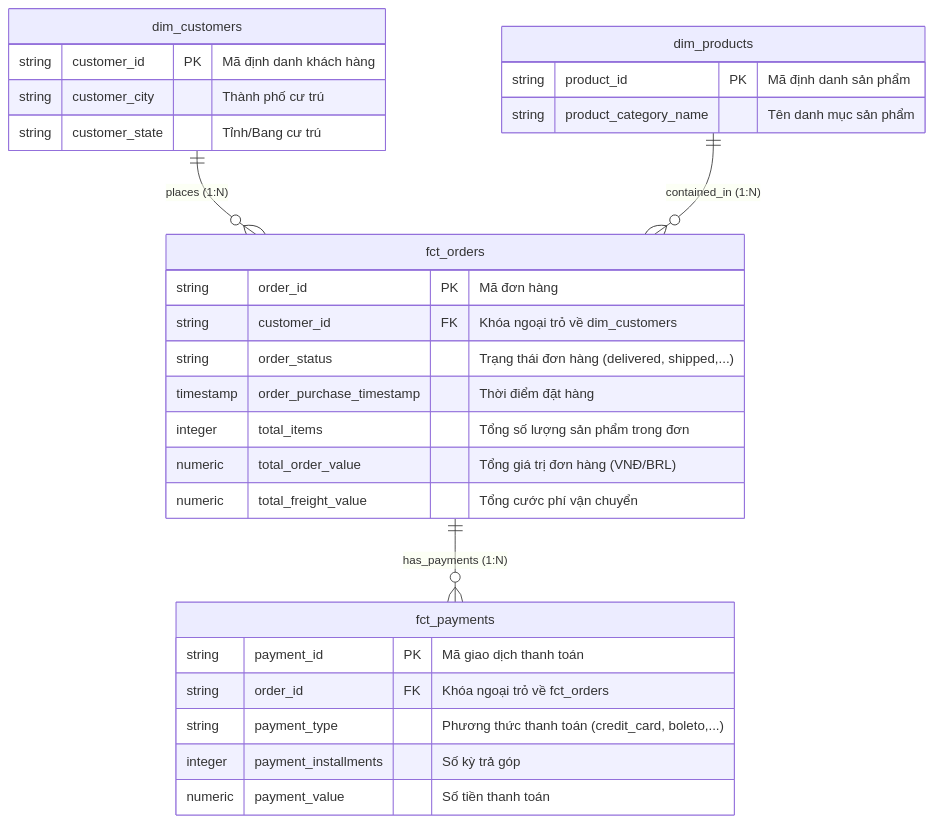
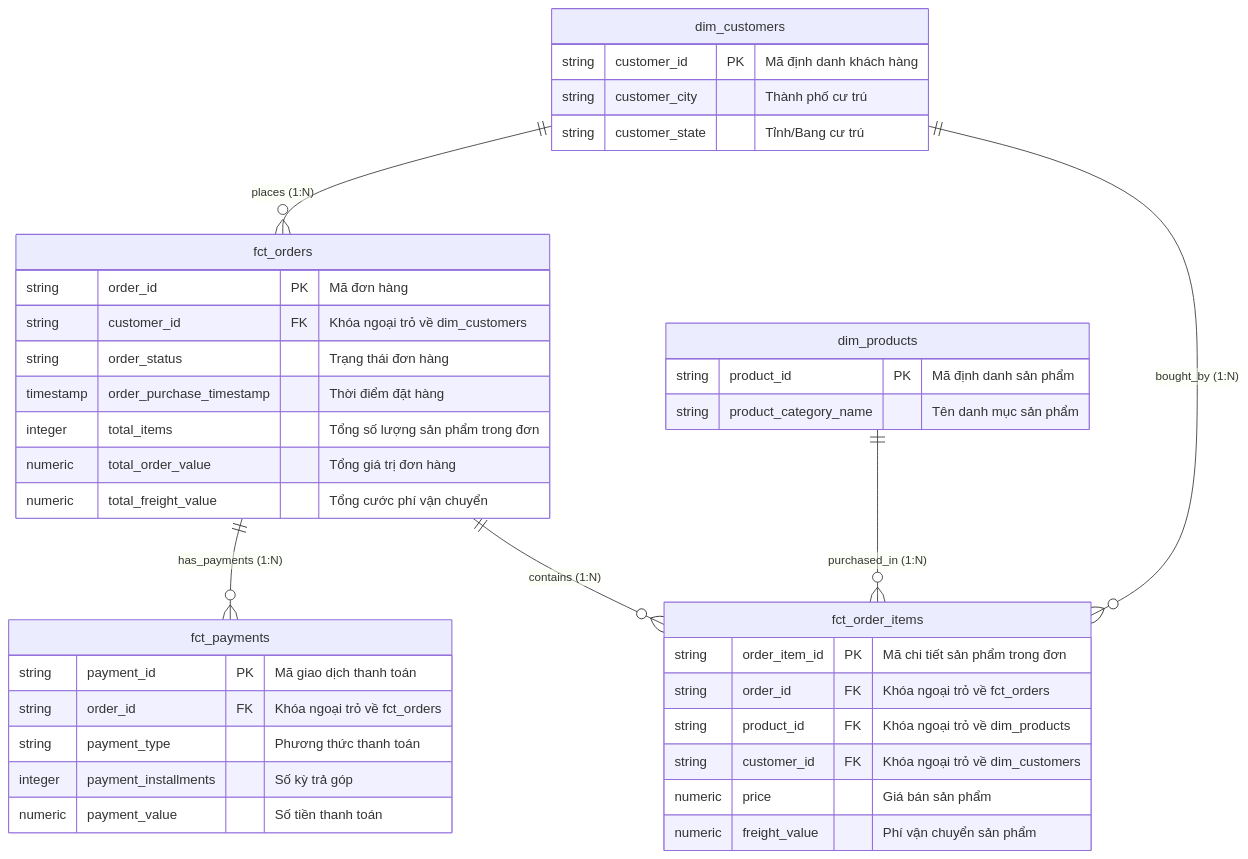
Before and after one commit to Hungpm267/enterprise-data-platform: the diagram in docs/olap_star_schema.md, drawn with Mermaid. The commit also changed other lines of this file and 2 other files, not shown here.

Commit message:
feat: add fct_order_items model in marts schema for line-item product category analytics

````diff
--- a/docs/olap_star_schema.md
+++ b/docs/olap_star_schema.md
@@ -11,35 +11,46 @@
 ```mermaid
 erDiagram
     dim_customers ||--o{ fct_orders : "places (1:N)"
     fct_orders ||--o{ fct_payments : "has_payments (1:N)"
-    dim_products ||--o{ fct_orders : "contained_in (1:N)"
+    fct_orders ||--o{ fct_order_items : "contains (1:N)"
+    dim_products ||--o{ fct_order_items : "purchased_in (1:N)"
+    dim_customers ||--o{ fct_order_items : "bought_by (1:N)"
 
     dim_customers {
         string customer_id PK "Mã định danh khách hàng"
         string customer_city "Thành phố cư trú"
         string customer_state "Tỉnh/Bang cư trú"
     }
 
     dim_products {
         string product_id PK "Mã định danh sản phẩm"
         string product_category_name "Tên danh mục sản phẩm"
     }
 
     fct_orders {
         string order_id PK "Mã đơn hàng"
         string customer_id FK "Khóa ngoại trỏ về dim_customers"
-        string order_status "Trạng thái đơn hàng (delivered, shipped,...)"
+        string order_status "Trạng thái đơn hàng"
         timestamp order_purchase_timestamp "Thời điểm đặt hàng"
         integer total_items "Tổng số lượng sản phẩm trong đơn"
-        numeric total_order_value "Tổng giá trị đơn hàng (VNĐ/BRL)"
+        numeric total_order_value "Tổng giá trị đơn hàng"
         numeric total_freight_value "Tổng cước phí vận chuyển"
+    }
+
+    fct_order_items {
+        string order_item_id PK "Mã chi tiết sản phẩm trong đơn"
+        string order_id FK "Khóa ngoại trỏ về fct_orders"
+        string product_id FK "Khóa ngoại trỏ về dim_products"
+        string customer_id FK "Khóa ngoại trỏ về dim_customers"
+        numeric price "Giá bán sản phẩm"
+        numeric freight_value "Phí vận chuyển sản phẩm"
     }
 
     fct_payments {
         string payment_id PK "Mã giao dịch thanh toán"
         string order_id FK "Khóa ngoại trỏ về fct_orders"
-        string payment_type "Phương thức thanh toán (credit_card, boleto,...)"
+        string payment_type "Phương thức thanh toán"
         integer payment_installments "Số kỳ trả góp"
         numeric payment_value "Số tiền thanh toán"
     }
 ```
````
